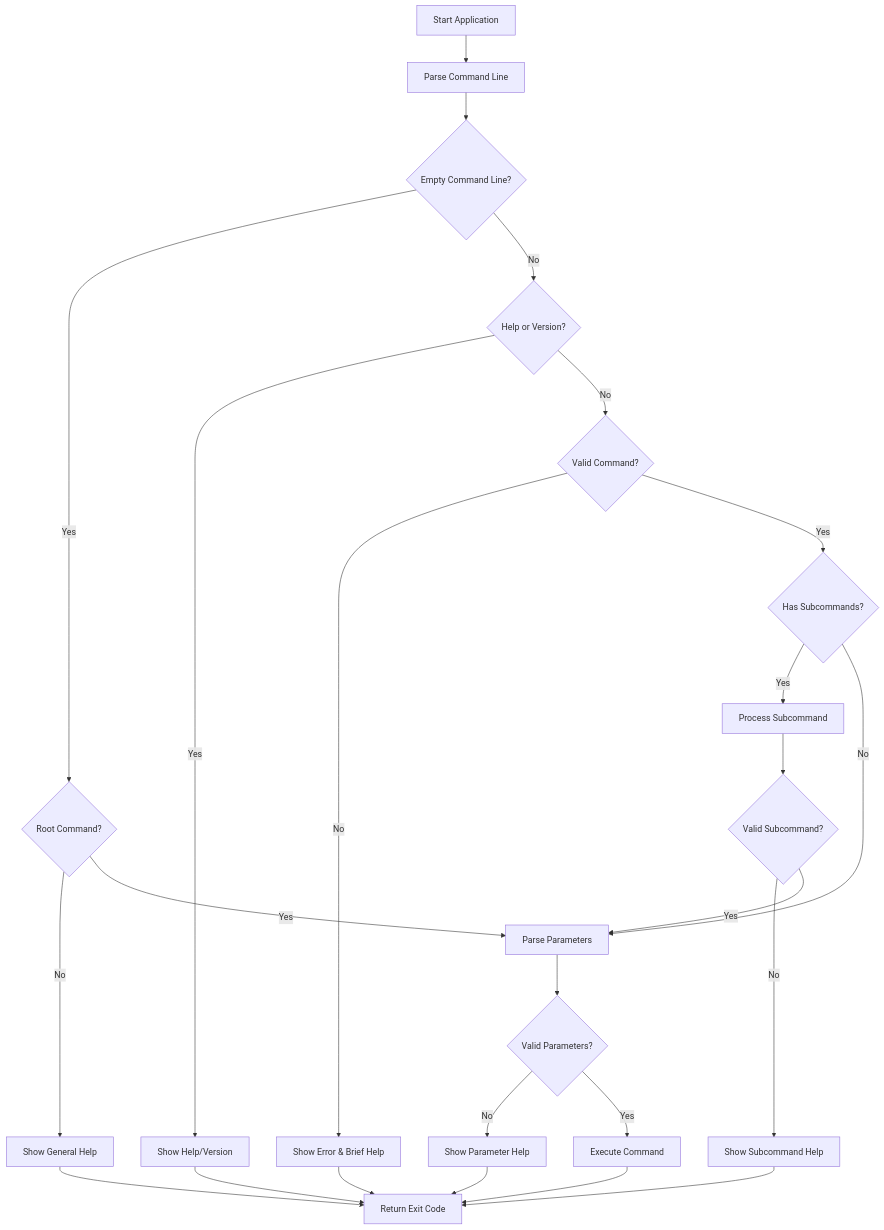
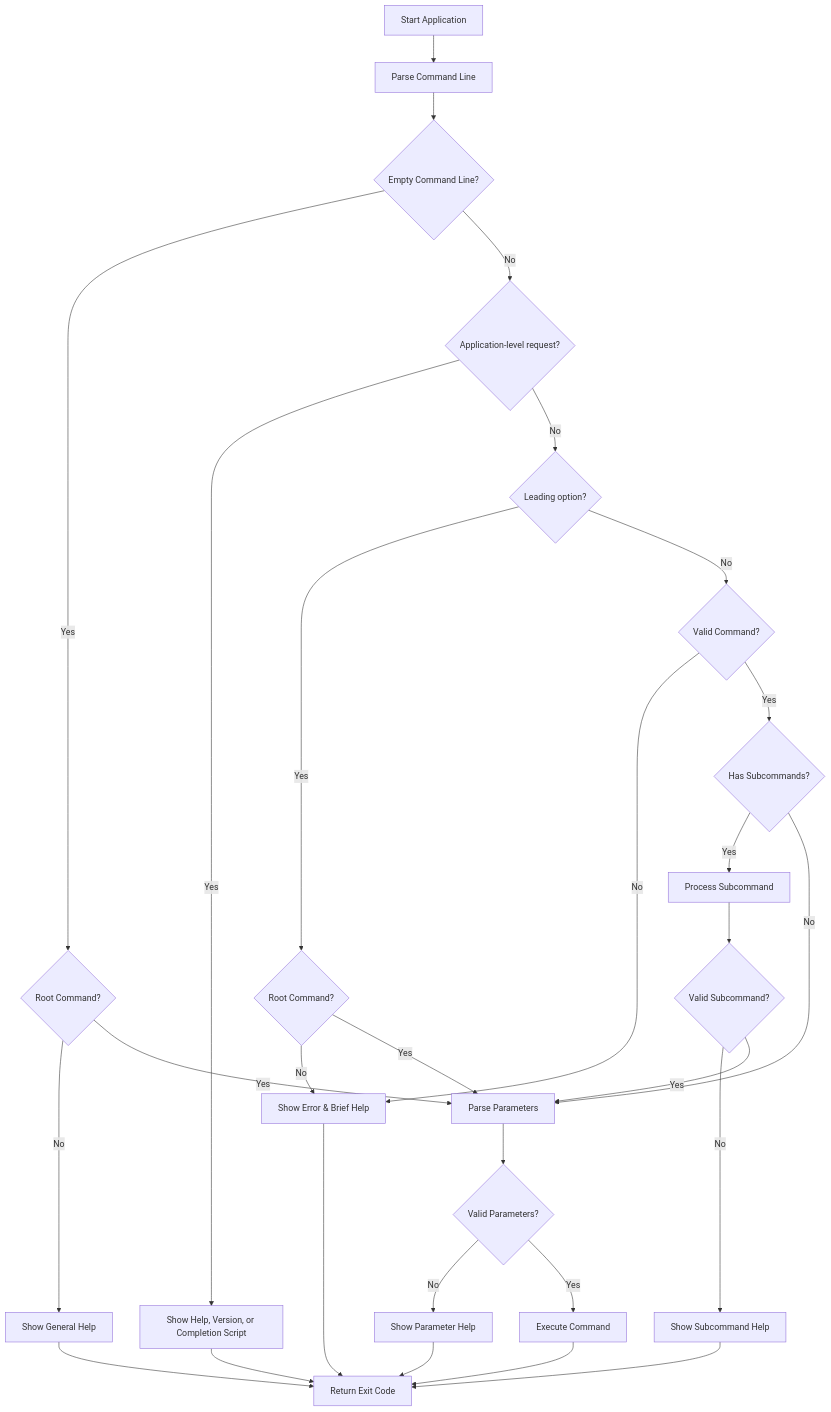
One commit to ikelaiah/cli-fp changed the first of 2 diagrams in docs/user-manual.md. Above: the diagram before and after it, drawn with Mermaid. The commit also changed other lines of this file and 26 other files, not shown here.

````diff
--- a/docs/user-manual.md
+++ b/docs/user-manual.md
@@ -217,27 +219,31 @@
 ```mermaid
 flowchart TD
     A[Start Application] --> B[Parse Command Line]
     B --> C{Empty Command Line?}
     C -->|Yes| D{Root Command?}
     D -->|No| R[Show General Help]
     D -->|Yes| M
-    C -->|No| E{Help or Version?}
-    E -->|Yes| F[Show Help/Version]
-    E -->|No| G{Valid Command?}
-    G -->|No| H[Show Error & Brief Help]
-    G -->|Yes| I{Has Subcommands?}
+    C -->|No| E{Application-level request?}
+    E -->|Yes| F[Show Help, Version, or Completion Script]
+    E -->|No| G{Leading option?}
+    G -->|Yes| S{Root Command?}
+    S -->|No| H[Show Error & Brief Help]
+    S -->|Yes| M
+    G -->|No| T{Valid Command?}
+    T -->|No| H
+    T -->|Yes| I{Has Subcommands?}
     I -->|Yes| J[Process Subcommand]
     J --> K{Valid Subcommand?}
     K -->|No| L[Show Subcommand Help]
     K -->|Yes| M[Parse Parameters]
     I -->|No| M
     M --> N{Valid Parameters?}
     N -->|No| O[Show Parameter Help]
     N -->|Yes| P[Execute Command]
     P --> Q[Return Exit Code]
     R --> Q
     F --> Q
     H --> Q
     L --> Q
     O --> Q
 ```
````
